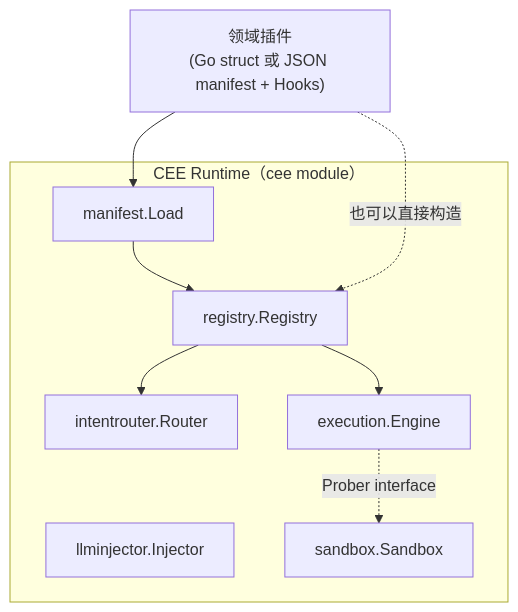
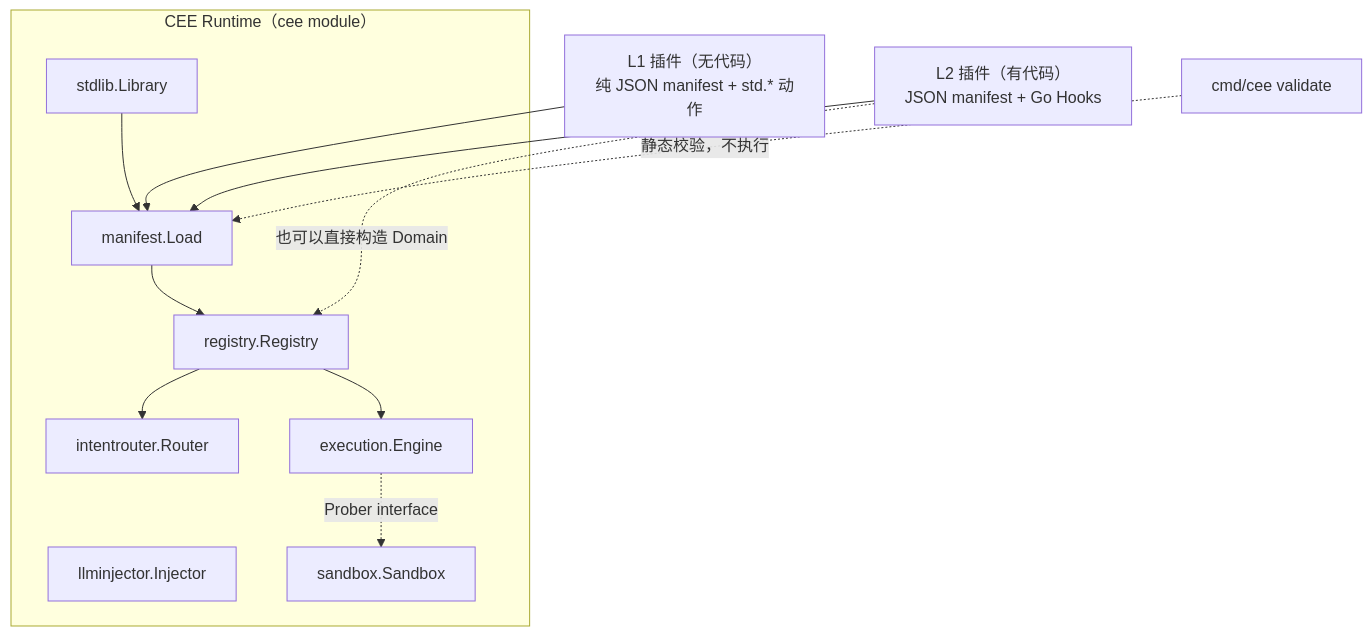
The first of 2 diagrams in docs/TECHNICAL_SPECIFICATION.md (p0nymc1/cee), drawn with Mermaid before and after one commit. The commit also changed other lines of this file and 2 other files, not shown here.

````diff
--- a/docs/TECHNICAL_SPECIFICATION.md
+++ b/docs/TECHNICAL_SPECIFICATION.md
@@ -14,18 +14,22 @@
 ```mermaid
 flowchart TB
     subgraph RUNTIME["CEE Runtime（cee module）"]
         IR[intentrouter.Router]
         DEE[execution.Engine]
         LLM[llminjector.Injector]
         SBX[sandbox.Sandbox]
         REG[registry.Registry]
         MAN[manifest.Load]
+        STD[stdlib.Library]
         REG --> IR
         REG --> DEE
         MAN --> REG
+        STD --> MAN
         DEE -. Prober interface .-> SBX
     end
 
-    PLUGIN["领域插件<br/>(Go struct 或 JSON manifest + Hooks)"] --> MAN
-    PLUGIN -.也可以直接构造.-> REG
+    L1["L1 插件（无代码）<br/>纯 JSON manifest + std.* 动作"] --> MAN
+    L2["L2 插件（有代码）<br/>JSON manifest + Go Hooks"] --> MAN
+    L2 -.也可以直接构造 Domain.-> REG
+    CLI["cmd/cee validate"] -.静态校验，不执行.-> MAN
 ```
````
